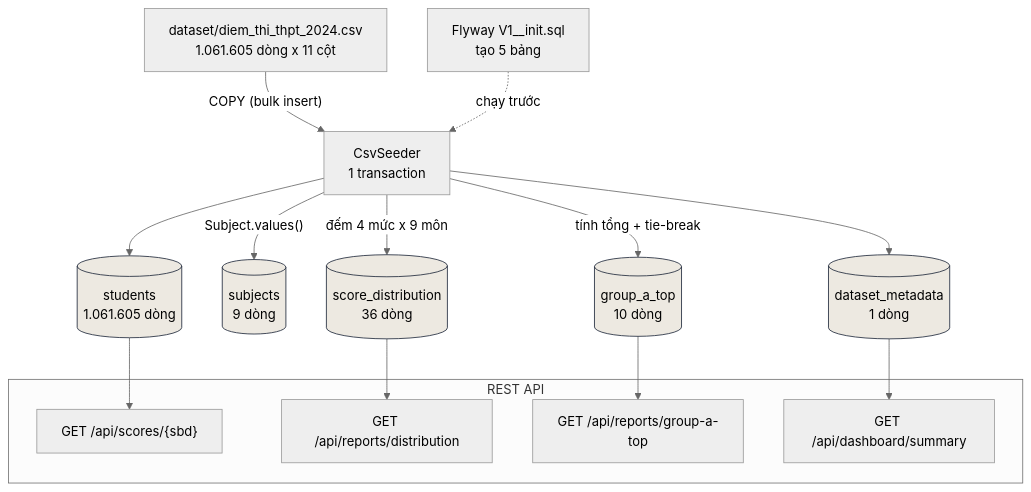
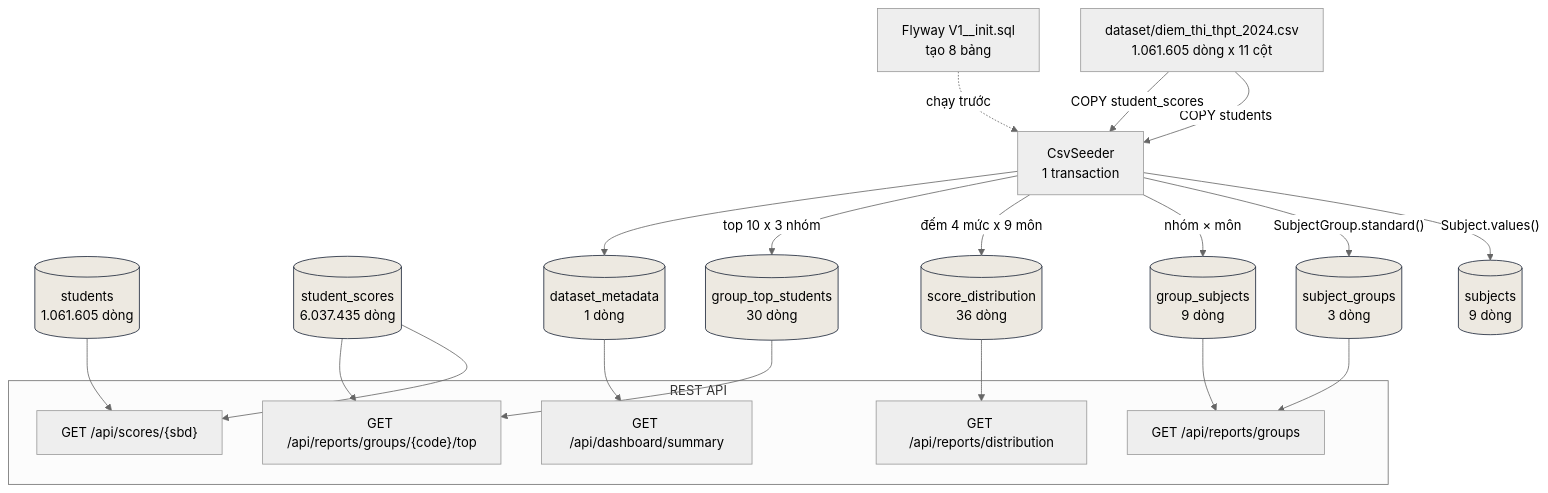
The diagram in docs/data-flow.mmd (VoMinhKhoi299/g-scores), drawn with Mermaid (neutral theme) before and after one commit. The commit also changed 1 other file, not shown here.

Commit message:
docs: cap nhat so do ERD, data-flow va nhom mon

```diff
--- a/docs/data-flow.mmd
+++ b/docs/data-flow.mmd
@@ -1,32 +1,42 @@
 flowchart TD
     CSV["dataset/diem_thi_thpt_2024.csv<br/>1.061.605 dòng x 11 cột"]
-    FLYWAY["Flyway V1__init.sql<br/>tạo 5 bảng"]
+    FLYWAY["Flyway V1__init.sql<br/>tạo 8 bảng"]
     SEEDER["CsvSeeder<br/>1 transaction"]
     STU[("students<br/>1.061.605 dòng")]
+    SCORE[("student_scores<br/>6.037.435 dòng")]
     SUB[("subjects<br/>9 dòng")]
+    GRP[("subject_groups<br/>3 dòng")]
+    GSUB[("group_subjects<br/>9 dòng")]
     DIST[("score_distribution<br/>36 dòng")]
-    TOP[("group_a_top<br/>10 dòng")]
+    TOP[("group_top_students<br/>30 dòng")]
     META[("dataset_metadata<br/>1 dòng")]
 
-    CSV -->|"COPY (bulk insert)"| SEEDER
+    CSV -->|"COPY students"| SEEDER
+    CSV -->|"COPY student_scores"| SEEDER
     SEEDER -->|"Subject.values()"| SUB
-    SEEDER --> STU
+    SEEDER -->|"SubjectGroup.standard()"| GRP
+    SEEDER -->|"nhóm × môn"| GSUB
     SEEDER -->|"đếm 4 mức x 9 môn"| DIST
-    SEEDER -->|"tính tổng + tie-break"| TOP
+    SEEDER -->|"top 10 x 3 nhóm"| TOP
     SEEDER --> META
     FLYWAY -.->|"chạy trước"| SEEDER
 
     subgraph API["REST API"]
         A1["GET /api/scores/{sbd}"]
         A2["GET /api/reports/distribution"]
-        A3["GET /api/reports/group-a-top"]
-        A4["GET /api/dashboard/summary"]
+        A3["GET /api/reports/groups"]
+        A4["GET /api/reports/groups/{code}/top"]
+        A5["GET /api/dashboard/summary"]
     end
 
     STU --> A1
+    SCORE --> A1
     DIST --> A2
-    TOP --> A3
-    META --> A4
+    GRP --> A3
+    GSUB --> A3
+    TOP --> A4
+    SCORE --> A4
+    META --> A5
 
     classDef store fill:#EDE9E1,stroke:#1B2437,stroke-width:1px
-    class STU,SUB,DIST,TOP,META store
+    class STU,SCORE,SUB,GRP,GSUB,DIST,TOP,META store
```
